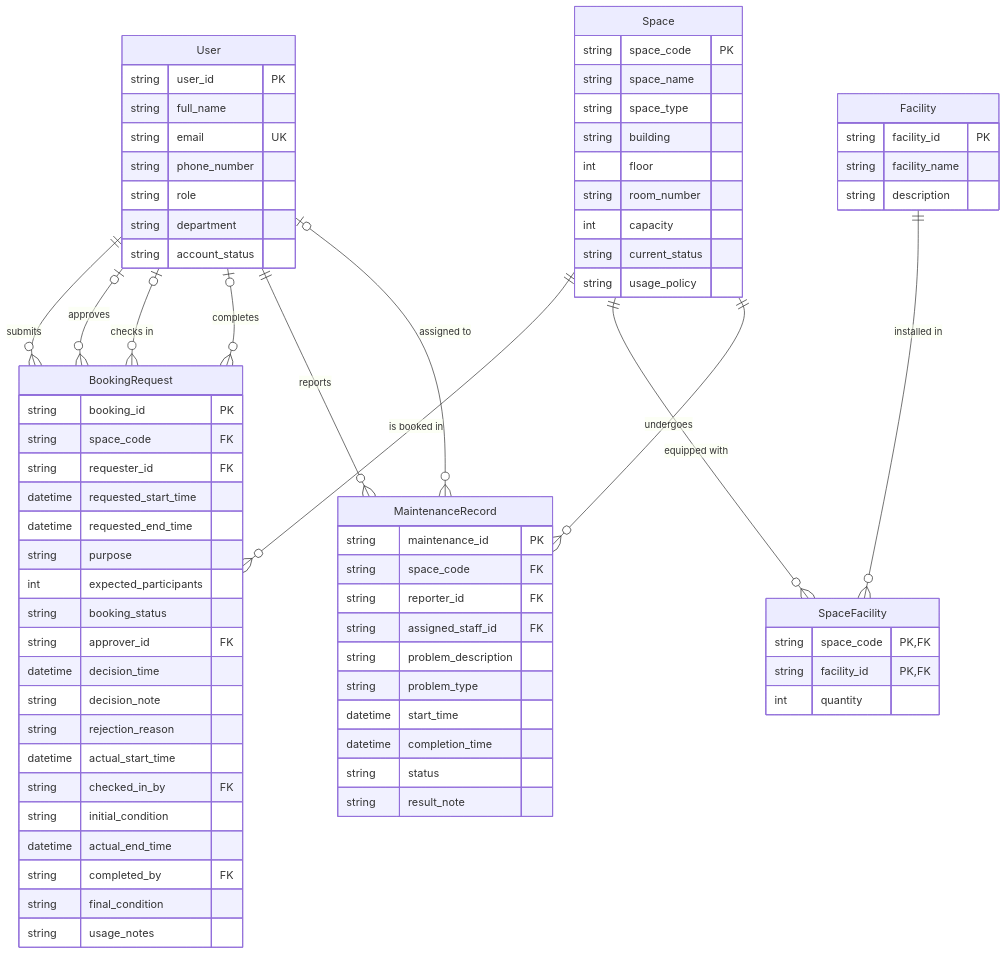
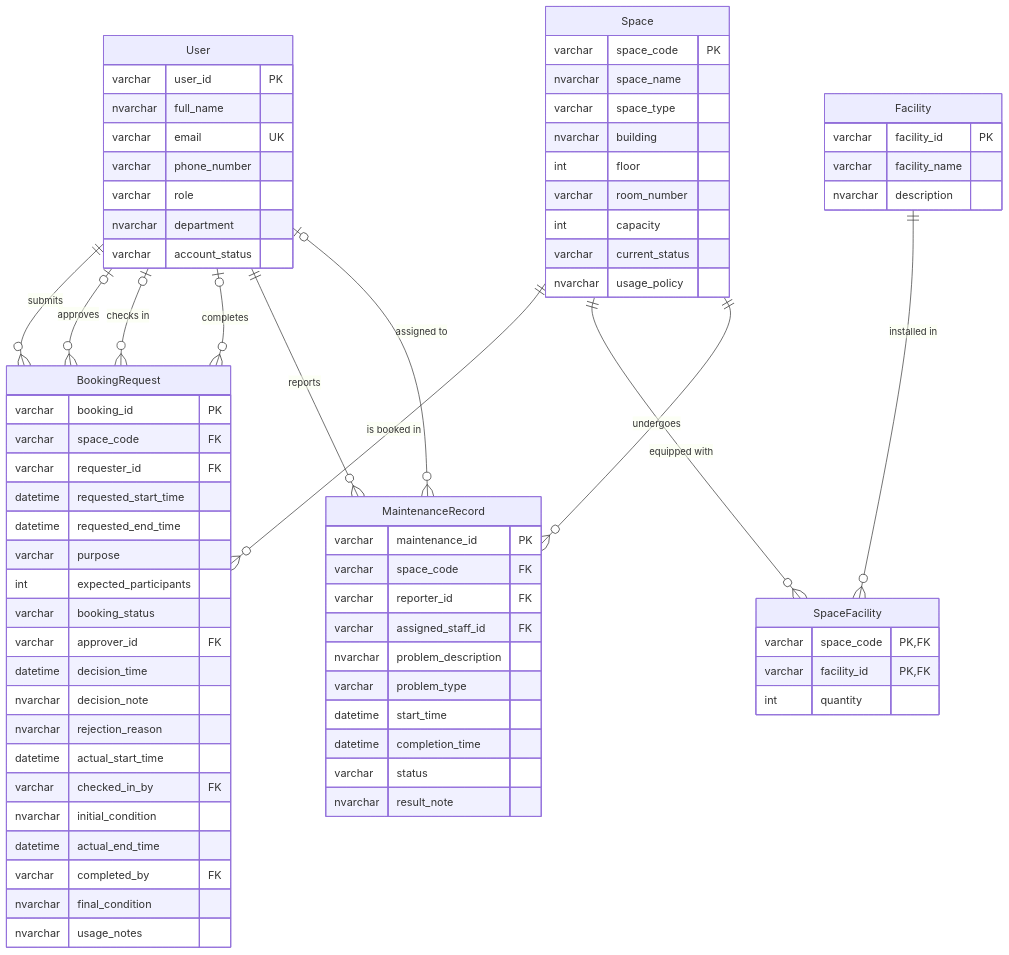
The diagram in outputs/02-erd-design-G02.md (nmtamm/CS486_Project), drawn with Mermaid before and after one commit. The commit also changed other lines of this file and 1 other file, not shown here.

Commit message:
add line break, replace string with approriate types, explicitly tell agents to add constraint to erd (if possible

````diff
--- a/outputs/02-erd-design-G02.md
+++ b/outputs/02-erd-design-G02.md
@@ -9,72 +9,72 @@
 ```mermaid
 erDiagram
     User {
-        string user_id PK
-        string full_name
-        string email UK
-        string phone_number
-        string role
-        string department
-        string account_status
+        varchar user_id PK
+        nvarchar full_name
+        varchar email UK
+        varchar phone_number
+        varchar role 
+        nvarchar department
+        varchar account_status
     }
 
     Space {
-        string space_code PK
-        string space_name
-        string space_type
-        string building
+        varchar space_code PK
+        nvarchar space_name
+        varchar space_type
+        nvarchar building
         int floor
-        string room_number
+        varchar room_number
         int capacity
-        string current_status
-        string usage_policy
+        varchar current_status
+        nvarchar usage_policy
     }
 
     Facility {
-        string facility_id PK
-        string facility_name
-        string description
+        varchar facility_id PK
+        varchar facility_name
+        nvarchar description
     }
 
     SpaceFacility {
-        string space_code PK, FK
-        string facility_id PK, FK
+        varchar space_code PK, FK
+        varchar facility_id PK, FK
         int quantity
     }
 
     BookingRequest {
-        string booking_id PK
-        string space_code FK
-        string requester_id FK
+        varchar booking_id PK
+        varchar space_code FK
+        varchar requester_id FK
         datetime requested_start_time
         datetime requested_end_time
-        string purpose
+        varchar purpose
         int expected_participants
-        string booking_status
-        string approver_id FK
+        varchar booking_status
+        varchar approver_id FK
         datetime decision_time
-        string decision_note
-        string rejection_reason
+        nvarchar decision_note
+        nvarchar rejection_reason
         datetime actual_start_time
-        string checked_in_by FK
-        string initial_condition
+        varchar checked_in_by FK
+        nvarchar initial_condition
         datetime actual_end_time
-        string completed_by FK
-        string final_condition
-        string usage_notes
+        varchar completed_by FK
+        nvarchar final_condition
+        nvarchar usage_notes
     }
 
     MaintenanceRecord {
-        string maintenance_id PK
-        string space_code FK
-        string reporter_id FK
-        string assigned_staff_id FK
-        string problem_description
-        string problem_type
+        varchar maintenance_id PK
+        varchar space_code FK
+        varchar reporter_id FK
+        varchar assigned_staff_id FK
+        nvarchar problem_description
+        varchar problem_type
         datetime start_time
         datetime completion_time
-        string status
-        string result_note
+        varchar status
+        nvarchar result_note
     }
 
     User ||--o{ BookingRequest : "submits"
````
